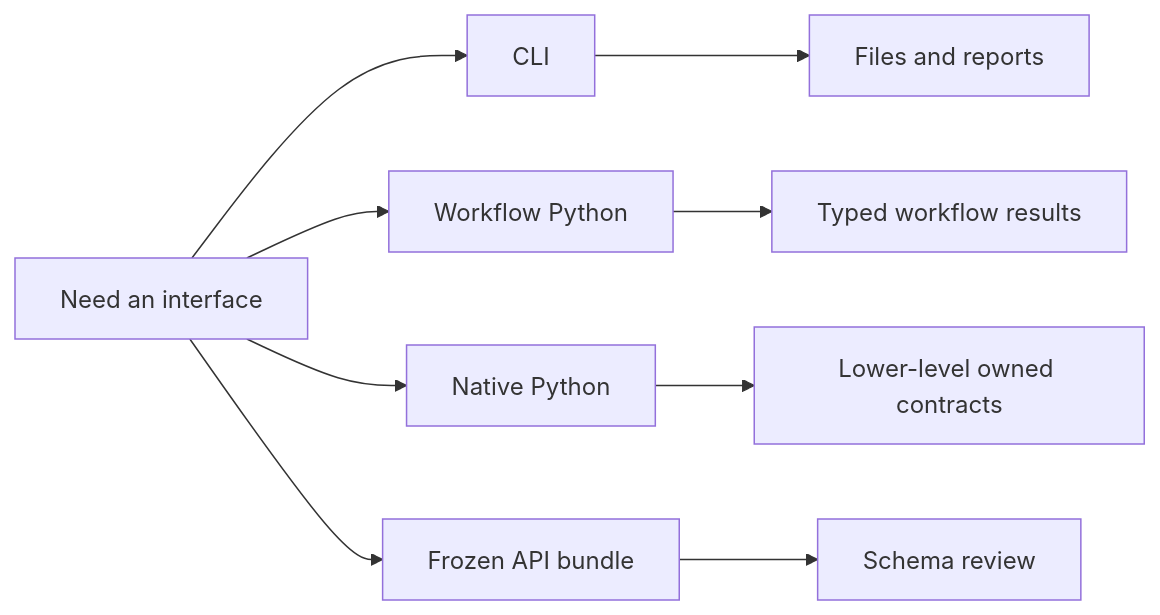
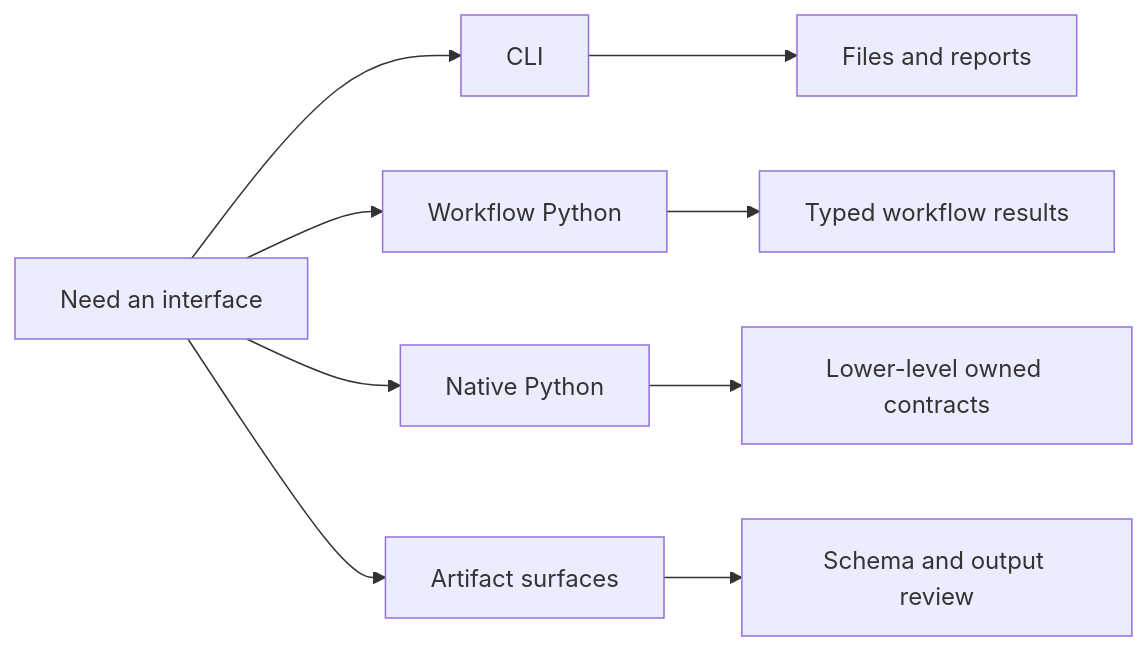
The diagram in docs/phylogenetics/interfaces/index.md (bijux/bijux-phylogenetics), drawn with Mermaid before and after one commit. The commit also changed other lines of this file and 10 other files, not shown here.

````diff
--- a/docs/phylogenetics/interfaces/index.md
+++ b/docs/phylogenetics/interfaces/index.md
@@ -32,11 +45,11 @@
 ```mermaid
 flowchart LR
     A[Need an interface] --> B[CLI]
     A --> C[Workflow Python]
     A --> D[Native Python]
-    A --> E[Frozen API bundle]
+    A --> E[Artifact surfaces]
     B --> F[Files and reports]
     C --> G[Typed workflow results]
     D --> H[Lower-level owned contracts]
-    E --> I[Schema review]
+    E --> I[Schema and output review]
 ```
````
